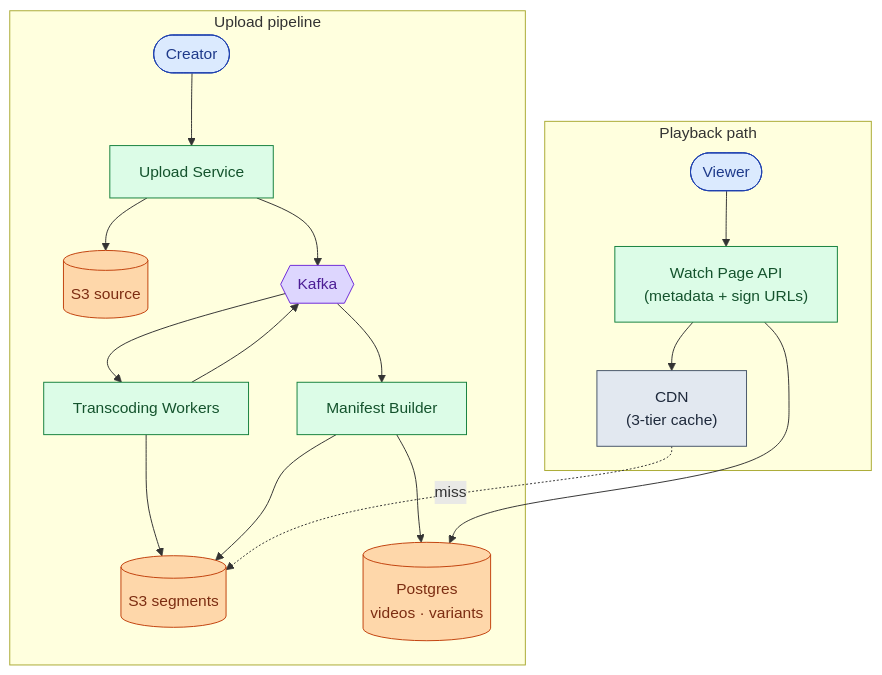
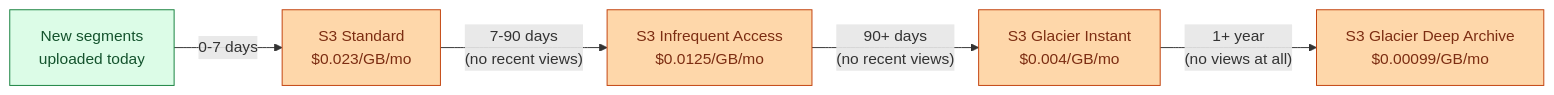
One commit to shiningflash/system-design changed the seventh of 11 diagrams in problems/006-video-streaming/question.md. Above: the diagram before and after it, drawn with Mermaid. The commit also changed other lines of this file and 37 other files, not shown here.

````diff
--- a/problems/006-video-streaming/question.md
+++ b/problems/006-video-streaming/question.md
@@ -255,27 +325,10 @@
 ```mermaid
-flowchart TB
-    subgraph Upload["Upload pipeline"]
-        C([Creator]):::user --> U["Upload Service"]:::app
-        U --> S3src[("S3 source")]:::db
-        U --> K{{"Kafka"}}:::queue
-        K --> TW["Transcoding Workers"]:::app
-        TW --> S3out[("S3 segments")]:::db
-        TW --> K
-        K --> MB["Manifest Builder"]:::app
-        MB --> S3out
-        MB --> DB[("Postgres<br/>videos · variants")]:::db
-    end
+flowchart LR
+    New["New segments<br/>uploaded today"]:::app -->|"0-7 days"| Hot["S3 Standard<br/>$0.023/GB/mo"]:::db
+    Hot -->|"7-90 days<br/>(no recent views)"| Warm["S3 Infrequent Access<br/>$0.0125/GB/mo"]:::db
+    Warm -->|"90+ days<br/>(no recent views)"| Cold["S3 Glacier Instant<br/>$0.004/GB/mo"]:::db
+    Cold -->|"1+ year<br/>(no views at all)"| Archive["S3 Glacier Deep Archive<br/>$0.00099/GB/mo"]:::db
 
-    subgraph Playback["Playback path"]
-        V([Viewer]):::user --> WA["Watch Page API<br/>(metadata + sign URLs)"]:::app
-        WA --> DB
-        WA --> CDN["CDN<br/>(3-tier cache)"]:::edge
-        CDN -.miss.-> S3out
-    end
-
-    classDef user  fill:#dbeafe,stroke:#1e40af,color:#1e3a8a
-    classDef edge  fill:#e2e8f0,stroke:#475569,color:#1e293b
     classDef app   fill:#dcfce7,stroke:#15803d,color:#14532d
     classDef db    fill:#fed7aa,stroke:#c2410c,color:#7c2d12
-    classDef queue fill:#ddd6fe,stroke:#6d28d9,color:#4c1d95
 ```
````
